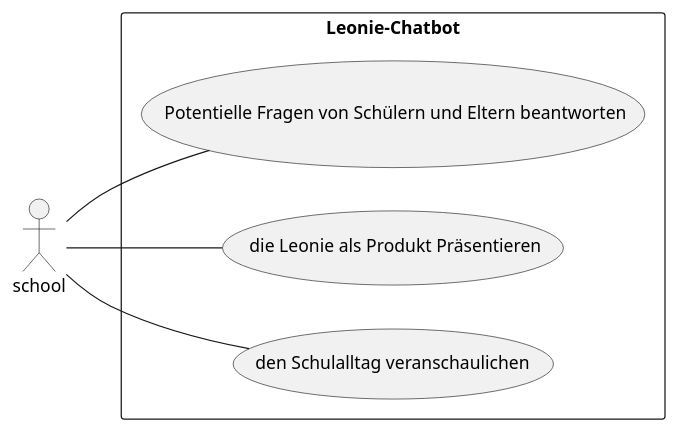
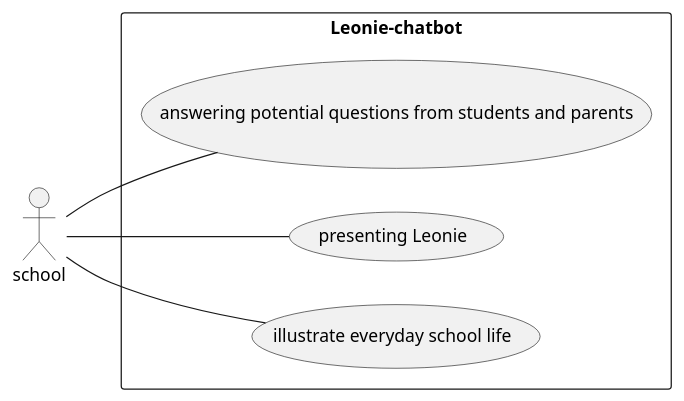
Before and after one commit to 2223-4bhitm-itp/2223-4bhitm-itp-2223-4bhitm-leonie: the diagram in asciidocs/plantuml/school-ucd.puml, drawn with PlantUML. The commit also changed 3 other files, not shown here.

```diff
--- a/asciidocs/plantuml/school-ucd.puml
+++ b/asciidocs/plantuml/school-ucd.puml
@@ -1,12 +1,12 @@
 @startuml
 left to right direction
 actor "school" as fc
-rectangle Leonie-Chatbot {
-  usecase " Potentielle Fragen von Schülern und Eltern beantworten" as UC1
-  usecase " die Leonie als Produkt Präsentieren" as UC2
-  usecase "den Schulalltag veranschaulichen" as UC3
+rectangle Leonie-chatbot {
+  usecase "answering potential questions from students and parents" as UC1
+  usecase "presenting Leonie" as UC2
+  usecase "illustrate everyday school life" as UC3
 }
 fc -- UC1
 fc -- UC2
 fc -- UC3
 @enduml
```
